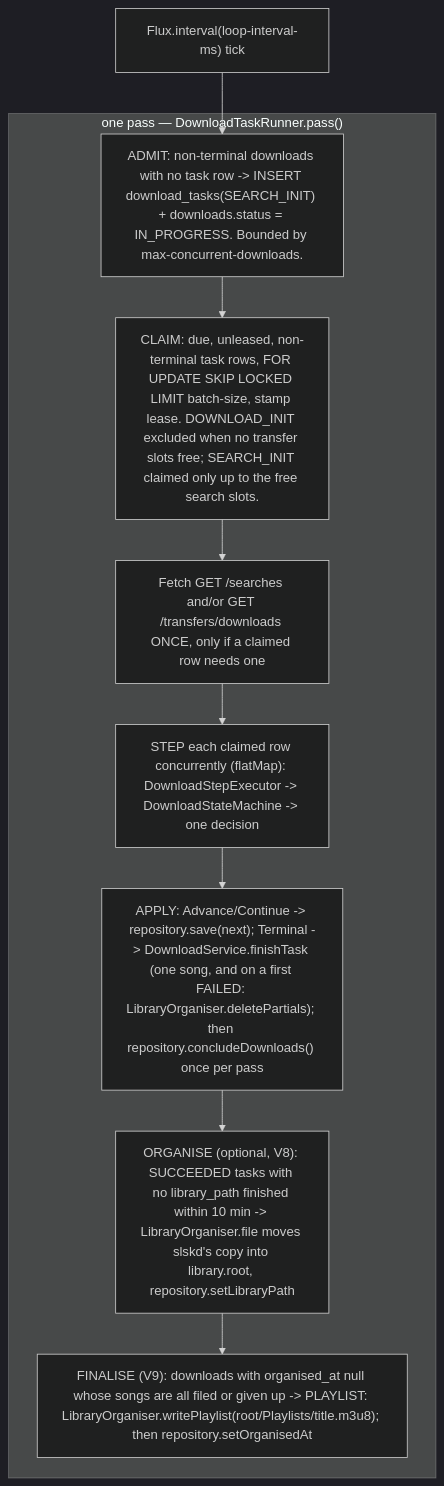
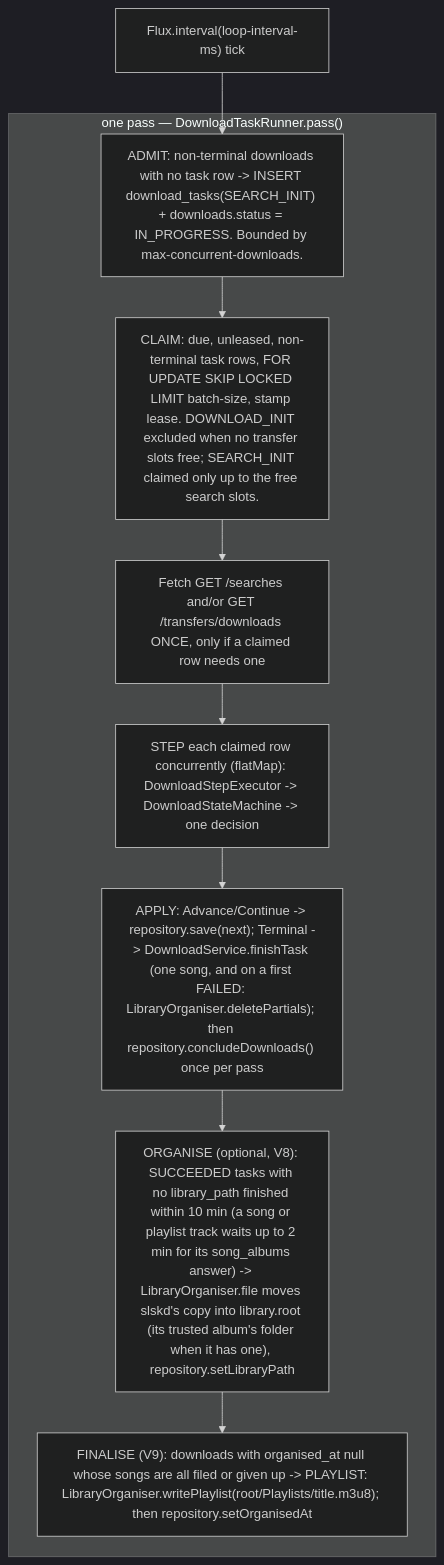
The diagram in docs/architecture/download-manager.md (catacomb5099/naviseerr), drawn with Mermaid (dark theme) before and after one commit. The commit also changed other lines of this file and 18 other files, not shown here.

First line of the commit message:
feat(AI): songs and playlist tracks are filed in their YouTube Music album's folder

````diff
--- a/docs/architecture/download-manager.md
+++ b/docs/architecture/download-manager.md
@@ -18,13 +18,13 @@
 ```mermaid
 flowchart TD
     tick["Flux.interval(loop-interval-ms) tick"] --> admit
     subgraph pass ["one pass — DownloadTaskRunner.pass()"]
       admit["ADMIT: non-terminal downloads with no task row -> INSERT download_tasks(SEARCH_INIT) + downloads.status = IN_PROGRESS. Bounded by max-concurrent-downloads."]
       admit --> claim["CLAIM: due, unleased, non-terminal task rows, FOR UPDATE SKIP LOCKED LIMIT batch-size, stamp lease. DOWNLOAD_INIT excluded when no transfer slots free; SEARCH_INIT claimed only up to the free search slots."]
       claim --> fetch["Fetch GET /searches and/or GET /transfers/downloads ONCE, only if a claimed row needs one"]
       fetch --> step["STEP each claimed row concurrently (flatMap): DownloadStepExecutor -> DownloadStateMachine -> one decision"]
       step --> apply["APPLY: Advance/Continue -> repository.save(next); Terminal -> DownloadService.finishTask (one song, and on a first FAILED: LibraryOrganiser.deletePartials); then repository.concludeDownloads() once per pass"]
-      apply --> organise["ORGANISE (optional, V8): SUCCEEDED tasks with no library_path finished within 10 min -> LibraryOrganiser.file moves slskd's copy into library.root, repository.setLibraryPath"]
+      apply --> organise["ORGANISE (optional, V8): SUCCEEDED tasks with no library_path finished within 10 min (a song or playlist track waits up to 2 min for its song_albums answer) -> LibraryOrganiser.file moves slskd's copy into library.root (its trusted album's folder when it has one), repository.setLibraryPath"]
       organise --> finalise["FINALISE (V9): downloads with organised_at null whose songs are all filed or given up -> PLAYLIST: LibraryOrganiser.writePlaylist(root/Playlists/title.m3u8); then repository.setOrganisedAt"]
     end
 ```
````
